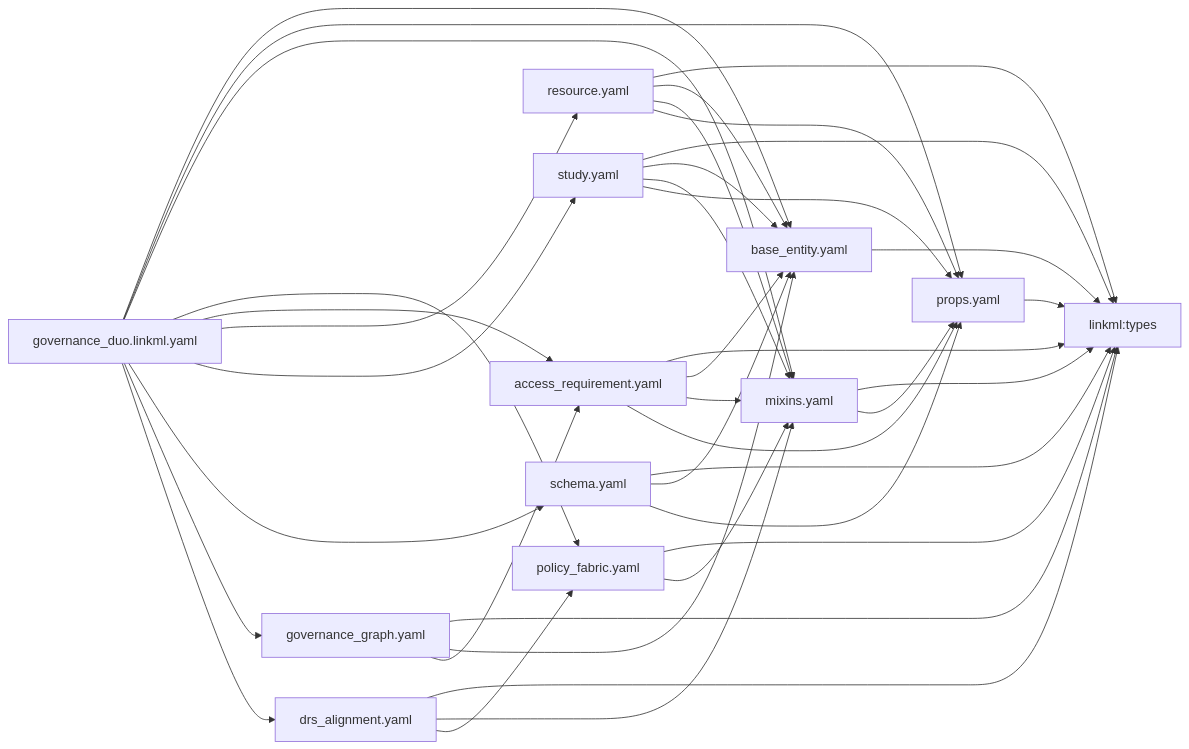
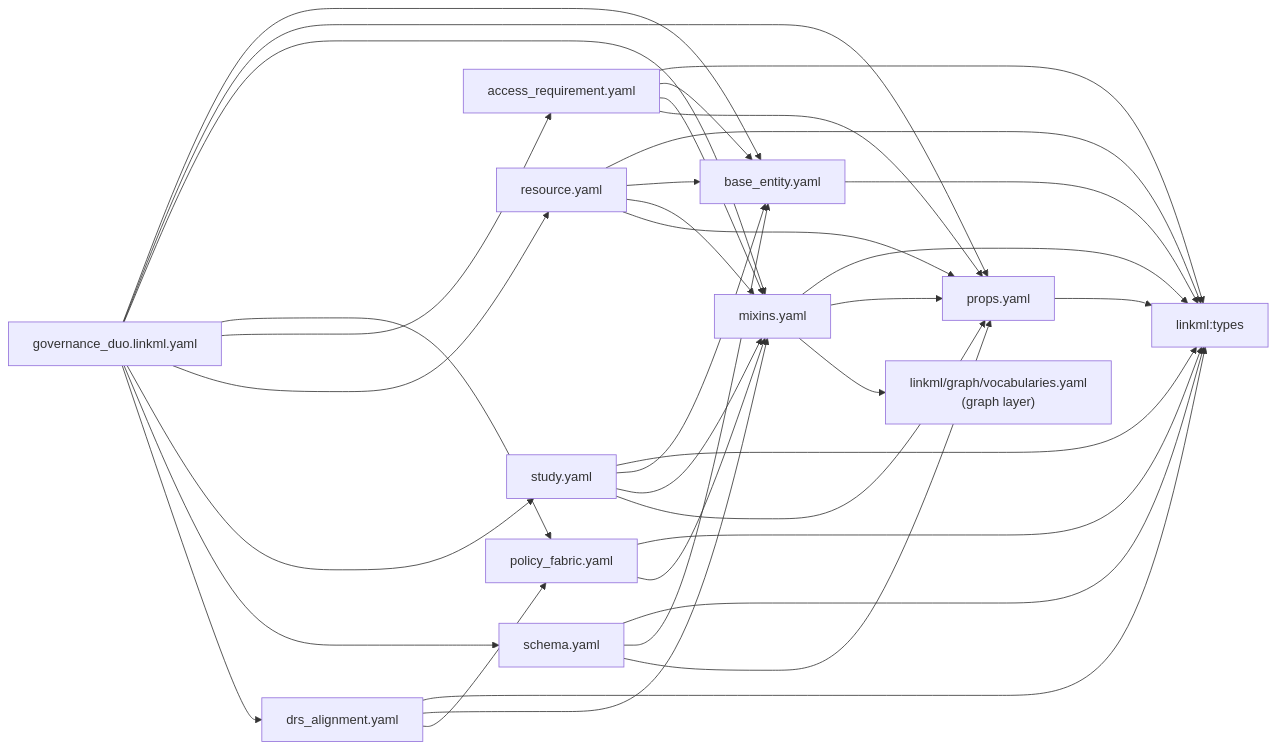
One commit to mc2-center/governanceDUO changed the diagram in docs/linkml-model.md. Above: the diagram before and after it, drawn with Mermaid. The commit also changed other lines of this file and 7 other files, not shown here.

````diff
--- a/docs/linkml-model.md
+++ b/docs/linkml-model.md
@@ -13,54 +19,51 @@
 ```mermaid
 graph LR
     types[linkml:types]
     base[base_entity.yaml]
     props[props.yaml]
     mixins[mixins.yaml]
+    graphvocab["linkml/graph/vocabularies.yaml<br/>(graph layer)"]
     pf[policy_fabric.yaml]
     ar[access_requirement.yaml]
     res[resource.yaml]
     study[study.yaml]
     schema[schema.yaml]
-    gg[governance_graph.yaml]
     drs[drs_alignment.yaml]
     umbrella[governance_duo.linkml.yaml]
 
     base --> types
     props --> types
     mixins --> types
     mixins --> props
+    mixins --> graphvocab
     pf --> types
     pf --> mixins
     ar --> types
     ar --> base
     ar --> mixins
     ar --> props
     res --> types
     res --> base
     res --> mixins
     res --> props
     study --> types
     study --> base
     study --> mixins
     study --> props
     schema --> types
     schema --> base
     schema --> props
-    gg --> types
-    gg --> base
-    gg --> ar
     drs --> types
     drs --> mixins
     drs --> pf
 
     umbrella --> base
     umbrella --> props
     umbrella --> mixins
     umbrella --> pf
     umbrella --> ar
     umbrella --> res
     umbrella --> study
     umbrella --> schema
-    umbrella --> gg
     umbrella --> drs
 ```
````
